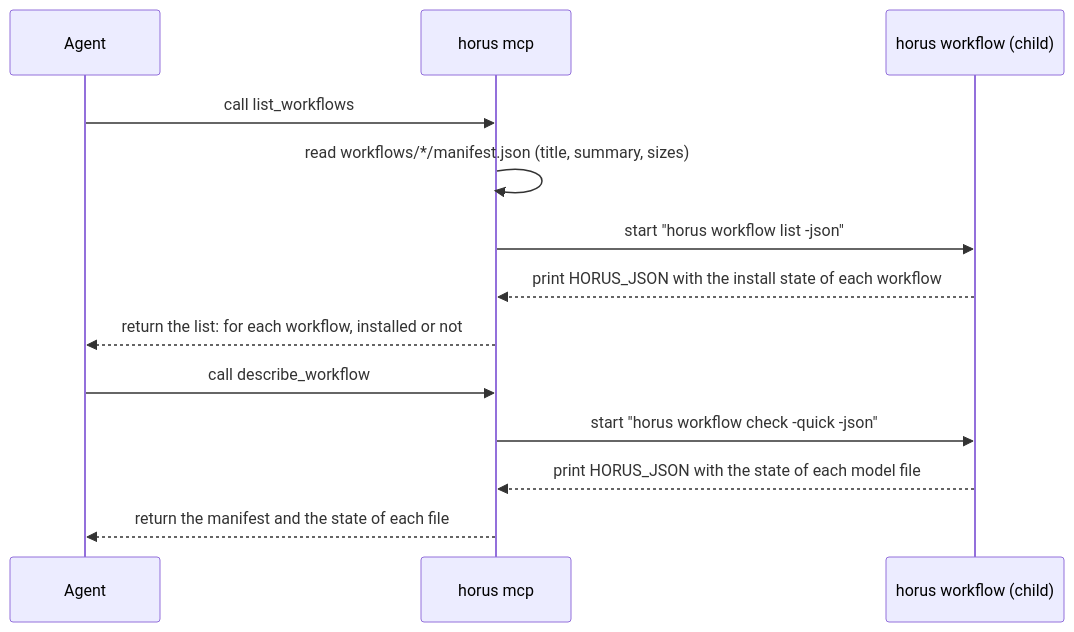
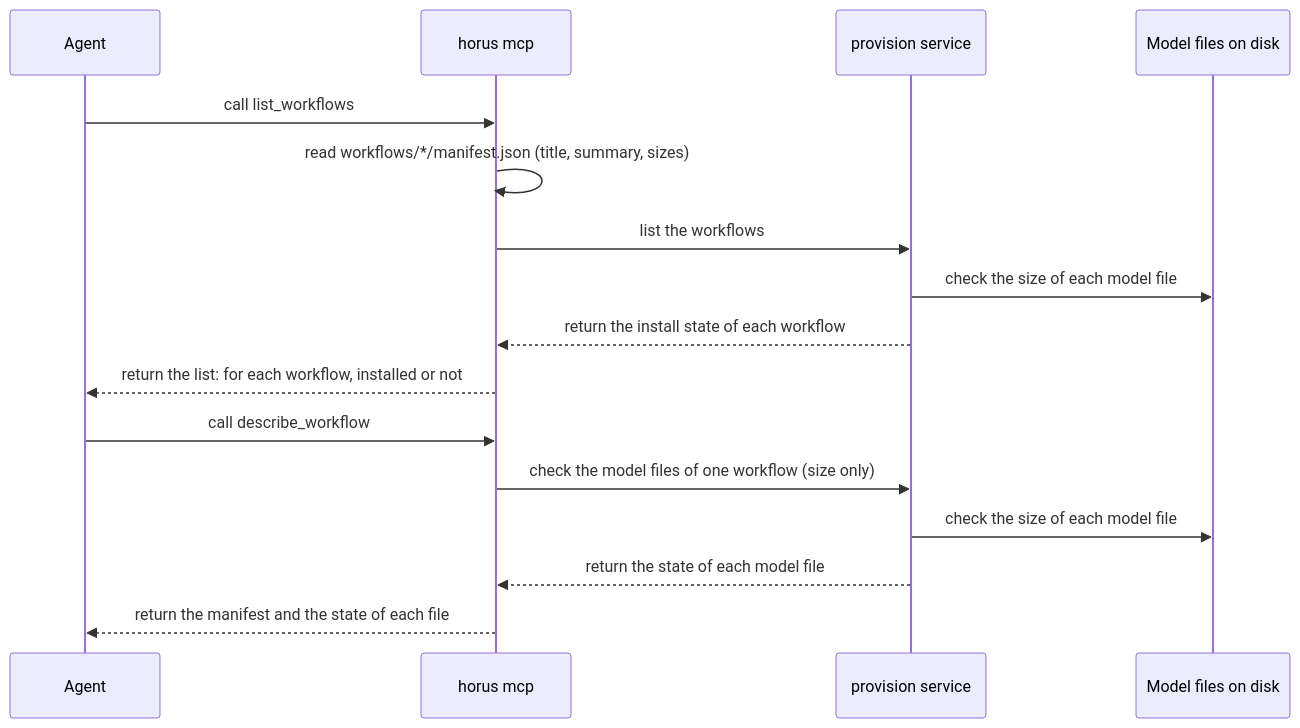
The first of 3 diagrams in docs/mcp.md (hieplam/horus), drawn with Mermaid before and after one commit. The commit also changed other lines of this file and 7 other files, not shown here.

````diff
--- a/docs/mcp.md
+++ b/docs/mcp.md
@@ -24,15 +40,18 @@
 ```mermaid
 sequenceDiagram
   participant A as Agent
   participant S as horus mcp
-  participant W as horus workflow (child)
+  participant P as provision service
+  participant D as Model files on disk
   A->>S: call list_workflows
   S->>S: read workflows/*/manifest.json (title, summary, sizes)
-  S->>W: start "horus workflow list -json"
-  W-->>S: print HORUS_JSON with the install state of each workflow
+  S->>P: list the workflows
+  P->>D: check the size of each model file
+  P-->>S: return the install state of each workflow
   S-->>A: return the list: for each workflow, installed or not
   A->>S: call describe_workflow
-  S->>W: start "horus workflow check -quick -json"
-  W-->>S: print HORUS_JSON with the state of each model file
+  S->>P: check the model files of one workflow (size only)
+  P->>D: check the size of each model file
+  P-->>S: return the state of each model file
   S-->>A: return the manifest and the state of each file
 ```
````
